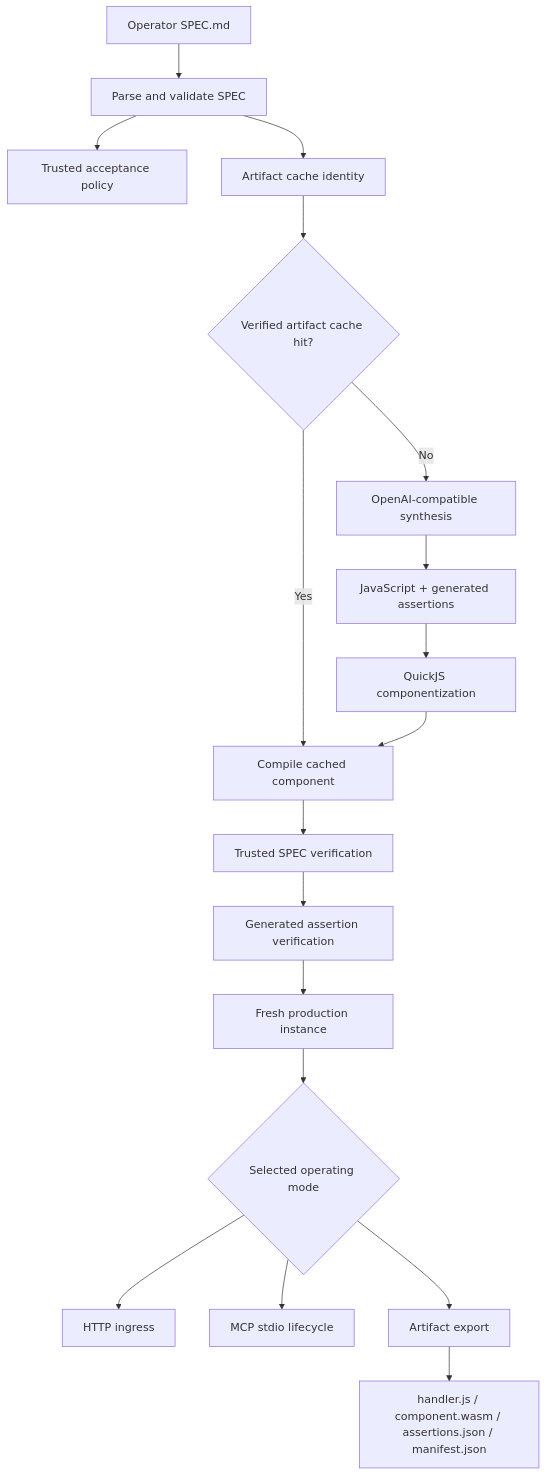
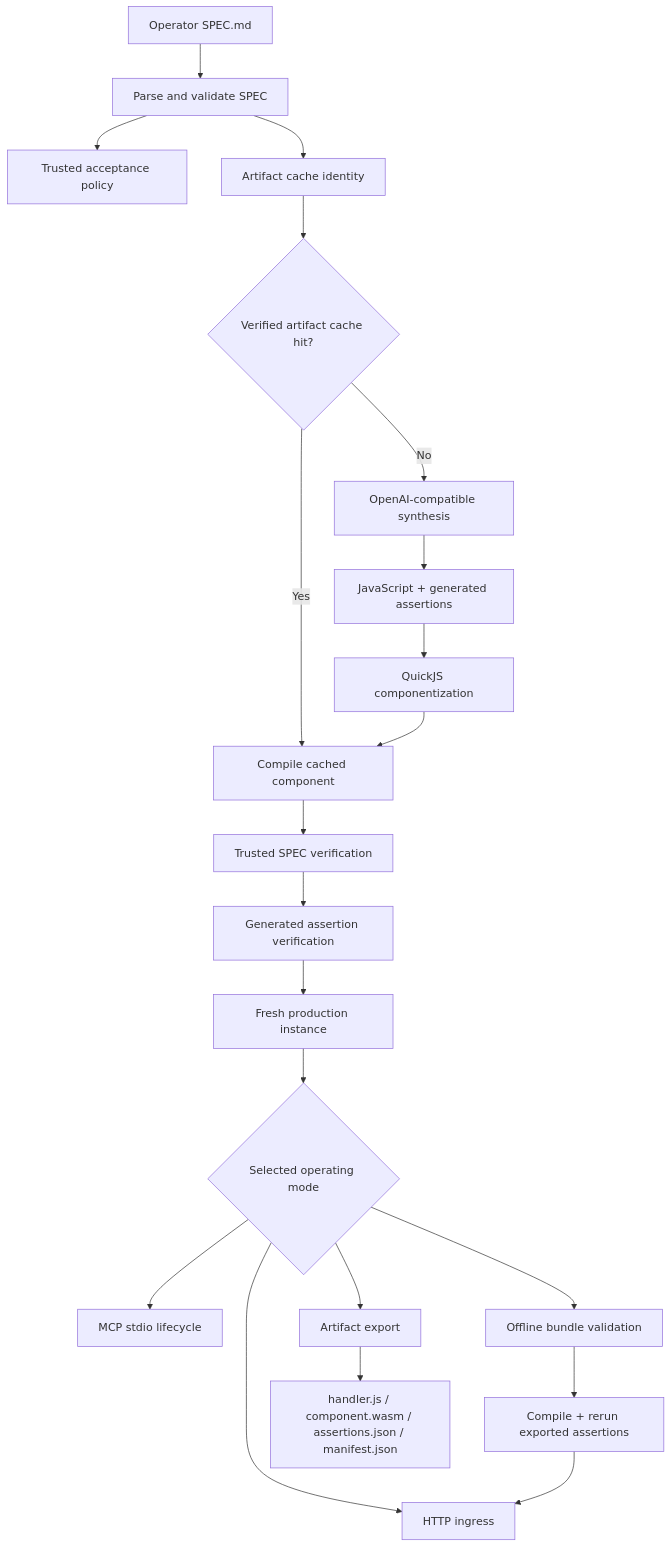
The diagram in ARCHITECTURE.md (NonOps/nosrc), drawn with Mermaid before and after one commit. The commit also changed other lines of this file, not shown here.

Commit message:
Document offline verified bundle serving

````diff
--- a/ARCHITECTURE.md
+++ b/ARCHITECTURE.md
@@ -17,20 +18,23 @@
 ```mermaid
 flowchart TD
     SPEC["Operator SPEC.md"] --> PARSE["Parse and validate SPEC"]
     PARSE --> POLICY["Trusted acceptance policy"]
     PARSE --> KEY["Artifact cache identity"]
     KEY --> CACHE{"Verified artifact cache hit?"}
     CACHE -->|No| LLM["OpenAI-compatible synthesis"]
     LLM --> JS["JavaScript + generated assertions"]
     JS --> COMPONENTIZE["QuickJS componentization"]
     CACHE -->|Yes| COMPILE["Compile cached component"]
     COMPONENTIZE --> COMPILE
     COMPILE --> TRUST["Trusted SPEC verification"]
     TRUST --> GENERATED["Generated assertion verification"]
     GENERATED --> PROD["Fresh production instance"]
     PROD --> MODES{"Selected operating mode"}
     MODES --> HTTP["HTTP ingress"]
     MODES --> MCP["MCP stdio lifecycle"]
     MODES --> EXPORT["Artifact export"]
+    MODES --> OFFLINE["Offline bundle validation"]
+    OFFLINE --> VERIFYB["Compile + rerun exported assertions"]
+    VERIFYB --> HTTP
     EXPORT --> FILES["handler.js / component.wasm / assertions.json / manifest.json"]
 ```
````
